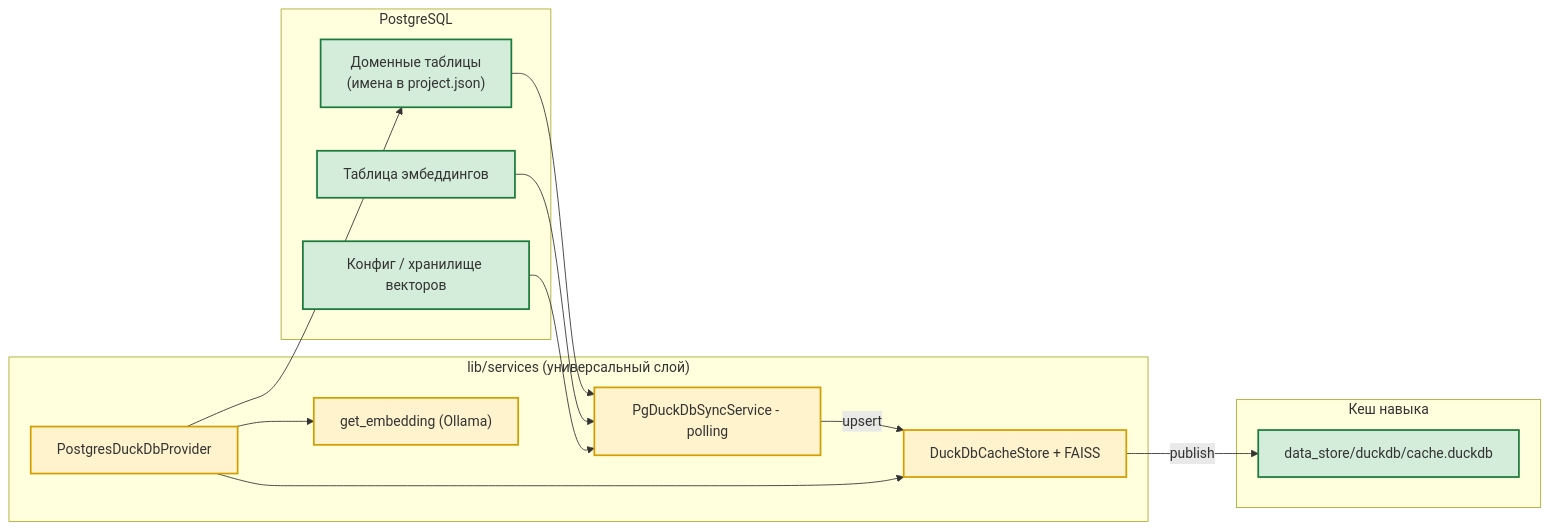
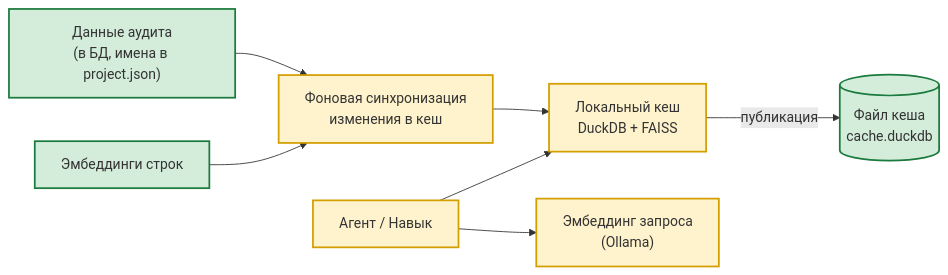
One commit to AlexEgorov85/workspaces_nanobot changed the first of 4 diagrams in docs/ARCHITECTURE.md. Above: the diagram before and after it, drawn with Mermaid. The commit also changed other lines of this file and 2 other files, not shown here.

First line of the commit message:
docs(diagrams): перейти на понятийные подписи вместо имён классов

````diff
--- a/docs/ARCHITECTURE.md
+++ b/docs/ARCHITECTURE.md
@@ -29,29 +29,14 @@
 ```mermaid
 flowchart LR
-    subgraph PG["PostgreSQL"]
-        TBL["Доменные таблицы<br/>(имена в project.json)"]
-        VEC["Таблица эмбеддингов"]
-        VCFG["Конфиг / хранилище векторов"]
-    end
-    subgraph SVC["lib/services (универсальный слой)"]
-        SYNC["PgDuckDbSyncService - polling"]
-        STORE["DuckDbCacheStore + FAISS"]
-        PROV["PostgresDuckDbProvider"]
-        EMB["get_embedding (Ollama)"]
-    end
-    subgraph ART["Кеш навыка"]
-        DUCK["data_store/duckdb/cache.duckdb"]
-    end
-    TBL --> SYNC
-    VEC --> SYNC
-    VCFG --> SYNC
-    SYNC -->|upsert| STORE
-    STORE -->|publish| DUCK
-    PROV --> STORE
-    PROV --> EMB
-    PROV --> TBL
+    SRC["Данные аудита<br/>(в БД, имена в project.json)"] --> SYNC["Фоновая синхронизация<br/>изменения в кеш"]
+    VEC["Эмбеддинги строк"] --> SYNC
+    SYNC --> CACHE["Локальный кеш<br/>DuckDB + FAISS"]
+    CACHE -->|публикация| FILE[("Файл кеша<br/>cache.duckdb")]
+    AGENT["Агент / Навык"] --> CACHE
+    AGENT --> EMB["Эмбеддинг запроса<br/>(Ollama)"]
     classDef core fill:#fff3cd,stroke:#d39e00,stroke-width:2px
     classDef infra fill:#d4edda,stroke:#1b7a3d,stroke-width:2px
-    class SYNC,STORE,PROV,EMB core
-    class TBL,VEC,VCFG,DUCK infra
+    class SYNC,CACHE,AGENT,EMB core
+    class SRC,VEC,FILE infra
+
 ```
````
